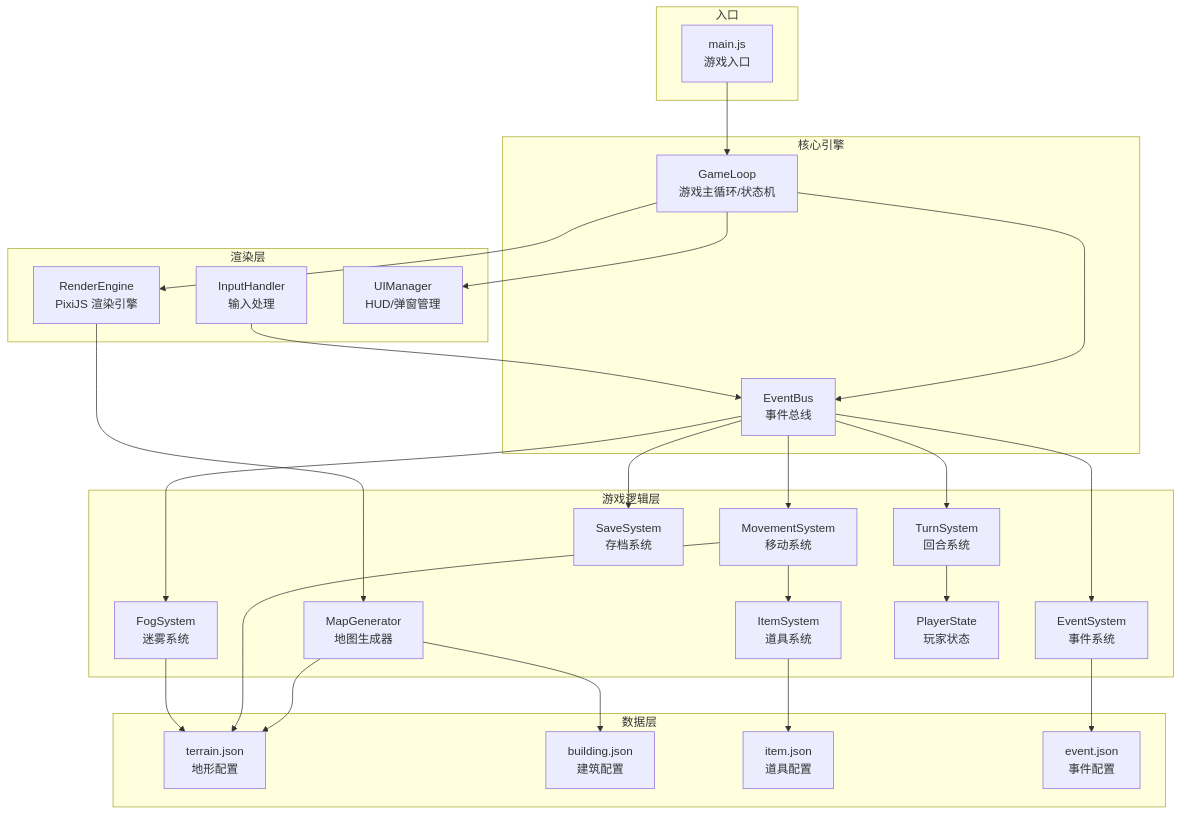
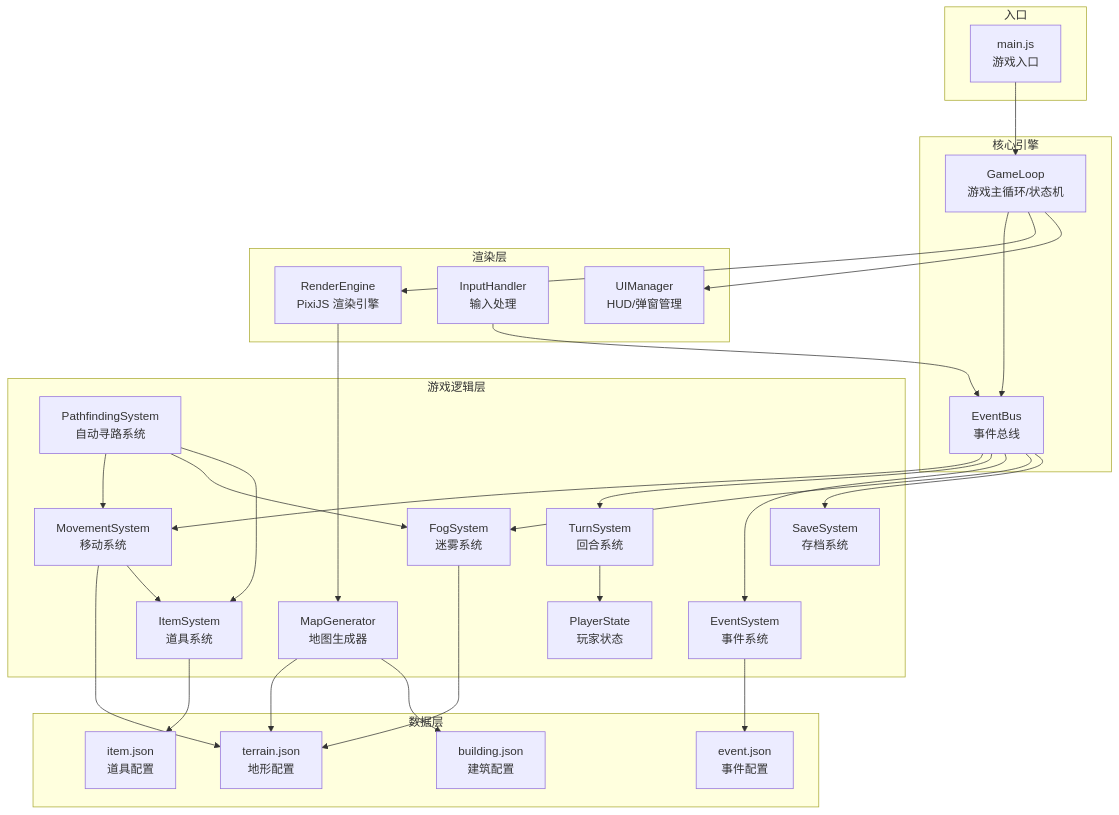
Before and after one commit to yanchen-ren/hex_wanderer: the first of 2 diagrams in .kiro/specs/hex-wanderer/design.md, drawn with Mermaid. The commit also changed other lines of this file and 79 other files, not shown here.

````diff
--- a/.kiro/specs/hex-wanderer/design.md
+++ b/.kiro/specs/hex-wanderer/design.md
@@ -30,55 +30,59 @@
 ```mermaid
 graph TB
     subgraph 入口
         Main[main.js<br/>游戏入口]
     end
 
     subgraph 核心引擎
         GameLoop[GameLoop<br/>游戏主循环/状态机]
         EventBus[EventBus<br/>事件总线]
     end
 
     subgraph 游戏逻辑层
         MapGenerator[MapGenerator<br/>地图生成器]
         MovementSystem[MovementSystem<br/>移动系统]
         TurnSystem[TurnSystem<br/>回合系统]
         EventSystem[EventSystem<br/>事件系统]
         FogSystem[FogSystem<br/>迷雾系统]
         SaveSystem[SaveSystem<br/>存档系统]
         ItemSystem[ItemSystem<br/>道具系统]
         PlayerState[PlayerState<br/>玩家状态]
+        PathfindingSystem[PathfindingSystem<br/>自动寻路系统]
     end
 
     subgraph 渲染层
         RenderEngine[RenderEngine<br/>PixiJS 渲染引擎]
         InputHandler[InputHandler<br/>输入处理]
         UIManager[UIManager<br/>HUD/弹窗管理]
     end
 
     subgraph 数据层
         TerrainConfig[terrain.json<br/>地形配置]
         BuildingConfig[building.json<br/>建筑配置]
         ItemConfig[item.json<br/>道具配置]
         EventConfig[event.json<br/>事件配置]
     end
 
     Main --> GameLoop
     GameLoop --> EventBus
     EventBus --> MovementSystem
     EventBus --> TurnSystem
     EventBus --> EventSystem
     EventBus --> FogSystem
     EventBus --> SaveSystem
     GameLoop --> RenderEngine
     GameLoop --> UIManager
     InputHandler --> EventBus
     MapGenerator --> TerrainConfig
     MapGenerator --> BuildingConfig
     MovementSystem --> TerrainConfig
     MovementSystem --> ItemSystem
+    PathfindingSystem --> MovementSystem
+    PathfindingSystem --> FogSystem
+    PathfindingSystem --> ItemSystem
     TurnSystem --> PlayerState
     EventSystem --> EventConfig
     FogSystem --> TerrainConfig
     ItemSystem --> ItemConfig
     RenderEngine --> MapGenerator
 ```
````
